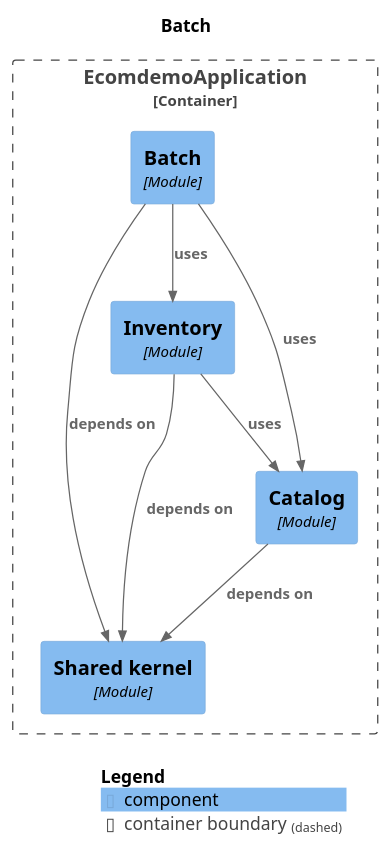
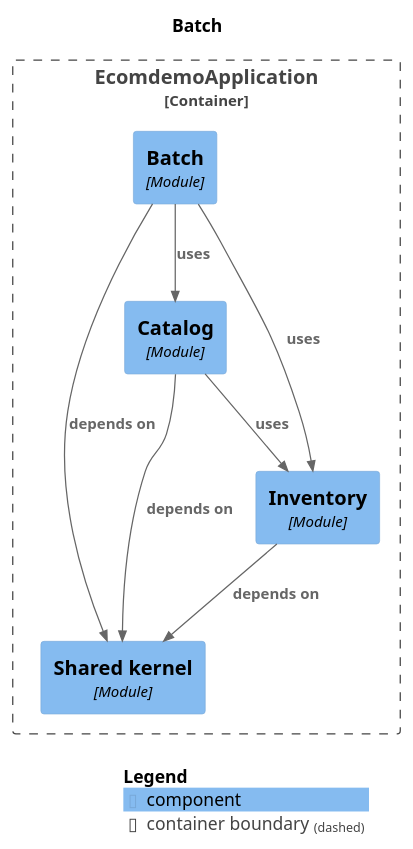
Before and after one commit to mr-sujay-patil/ecomdemo: the diagram in docs/modules/module-batch.puml, drawn with PlantUML. The commit also changed 36 other files, not shown here.

```diff
--- a/docs/modules/module-batch.puml
+++ b/docs/modules/module-batch.puml
@@ -1,26 +1,26 @@
 @startuml
 set separator none
 title Batch
 
 top to bottom direction
 
 !include <C4/C4>
 !include <C4/C4_Context>
 !include <C4/C4_Component>
 
 Container_Boundary("EcomdemoApplication.EcomdemoApplication_boundary", "EcomdemoApplication", $tags="") {
-  Component(EcomdemoApplication.EcomdemoApplication.Inventory, "Inventory", $techn="Module", $descr="", $tags="", $link="")
+  Component(EcomdemoApplication.EcomdemoApplication.Catalog, "Catalog", $techn="Module", $descr="", $tags="", $link="")
   Component(EcomdemoApplication.EcomdemoApplication.Batch, "Batch", $techn="Module", $descr="", $tags="", $link="")
   Component(EcomdemoApplication.EcomdemoApplication.Sharedkernel, "Shared kernel", $techn="Module", $descr="", $tags="", $link="")
-  Component(EcomdemoApplication.EcomdemoApplication.Catalog, "Catalog", $techn="Module", $descr="", $tags="", $link="")
+  Component(EcomdemoApplication.EcomdemoApplication.Inventory, "Inventory", $techn="Module", $descr="", $tags="", $link="")
 }
 
 Rel(EcomdemoApplication.EcomdemoApplication.Batch, EcomdemoApplication.EcomdemoApplication.Catalog, "uses", $techn="", $tags="", $link="")
 Rel(EcomdemoApplication.EcomdemoApplication.Batch, EcomdemoApplication.EcomdemoApplication.Inventory, "uses", $techn="", $tags="", $link="")
 Rel(EcomdemoApplication.EcomdemoApplication.Batch, EcomdemoApplication.EcomdemoApplication.Sharedkernel, "depends on", $techn="", $tags="", $link="")
+Rel(EcomdemoApplication.EcomdemoApplication.Catalog, EcomdemoApplication.EcomdemoApplication.Inventory, "uses", $techn="", $tags="", $link="")
 Rel(EcomdemoApplication.EcomdemoApplication.Catalog, EcomdemoApplication.EcomdemoApplication.Sharedkernel, "depends on", $techn="", $tags="", $link="")
-Rel(EcomdemoApplication.EcomdemoApplication.Inventory, EcomdemoApplication.EcomdemoApplication.Catalog, "uses", $techn="", $tags="", $link="")
 Rel(EcomdemoApplication.EcomdemoApplication.Inventory, EcomdemoApplication.EcomdemoApplication.Sharedkernel, "depends on", $techn="", $tags="", $link="")
 
 SHOW_LEGEND(true)
 @enduml
```
